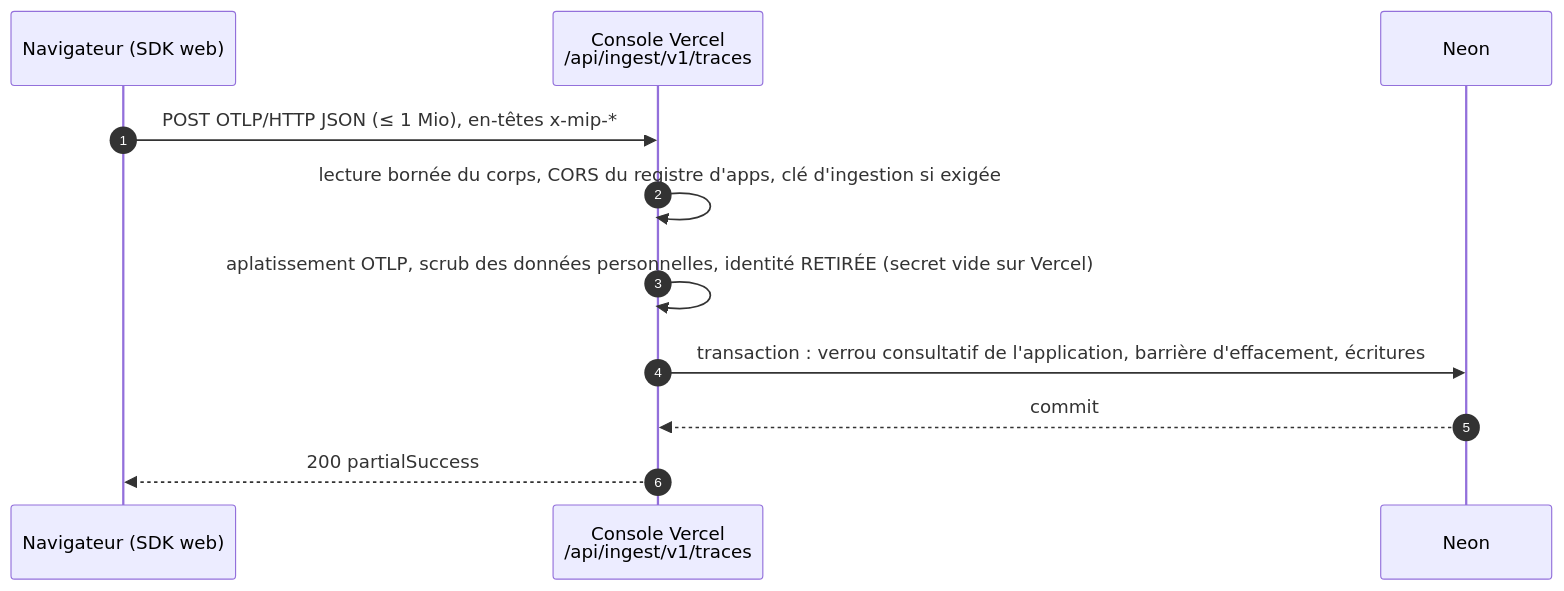
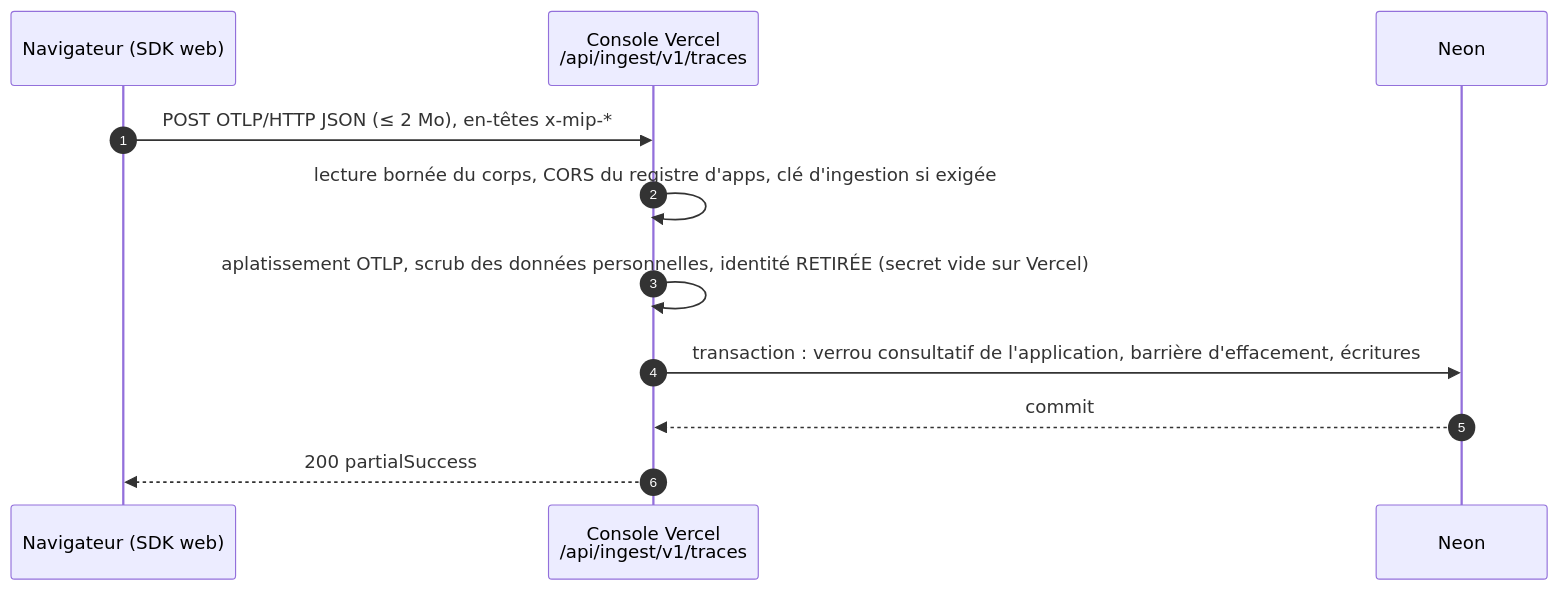
One commit to jt33120/poc-MIP_RUM changed the first of 3 diagrams in docs/architecture/data-flow.md. Above: the diagram before and after it, drawn with Mermaid. The commit also changed other lines of this file and 160 other files, not shown here.

````diff
--- a/docs/architecture/data-flow.md
+++ b/docs/architecture/data-flow.md
@@ -9,13 +9,13 @@
 ```mermaid
 sequenceDiagram
   autonumber
   participant N as Navigateur (SDK web)
   participant V as Console Vercel<br/>/api/ingest/v1/traces
   participant B as Neon
-  N->>V: POST OTLP/HTTP JSON (≤ 1 Mio), en-têtes x-mip-*
+  N->>V: POST OTLP/HTTP JSON (≤ 2 Mo), en-têtes x-mip-*
   V->>V: lecture bornée du corps, CORS du registre d'apps, clé d'ingestion si exigée
   V->>V: aplatissement OTLP, scrub des données personnelles, identité RETIRÉE (secret vide sur Vercel)
   V->>B: transaction : verrou consultatif de l'application, barrière d'effacement, écritures
   B-->>V: commit
   V-->>N: 200 partialSuccess
 ```
````
